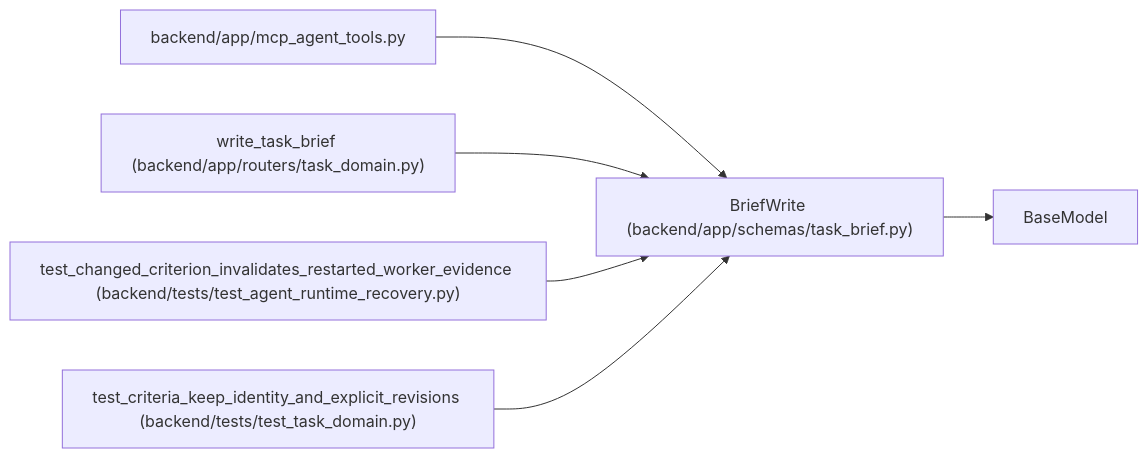
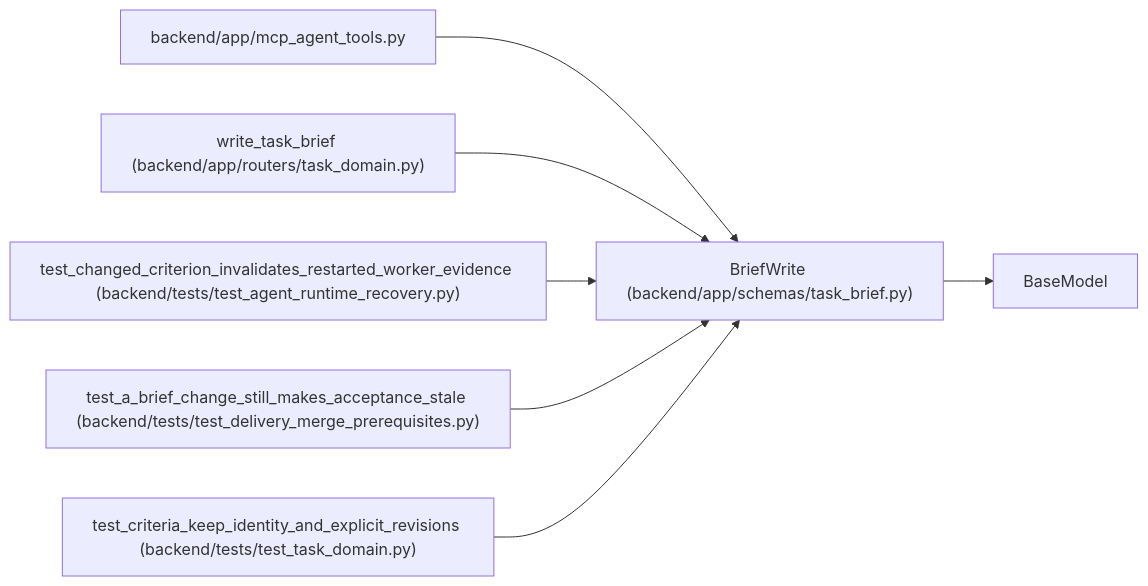
One commit to Denissvgn/WorkChord changed the diagram in docs/llm_wiki/entities/BriefWrite.md. Above: the diagram before and after it, drawn with Mermaid. The commit also changed other lines of this file and 1420 other files, not shown here.

First line of the commit message:
Refresh the architectural wiki for the 1.10.0 changes

````diff
--- a/docs/llm_wiki/entities/BriefWrite.md
+++ b/docs/llm_wiki/entities/BriefWrite.md
@@ -32,19 +32,22 @@
 ```mermaid
 flowchart LR
     n0["BriefWrite (backend/app/schemas/task_brief.py)"]
     n1["BaseModel"]
     n2["backend/app/mcp_agent_tools.py"]
     n3["write_task_brief (backend/app/routers/task_domain.py)"]
     n4["test_changed_criterion_invalidates_restarted_worker_evidence (backend/tests/test_agent_runtime_recovery.py)"]
-    n5["test_criteria_keep_identity_and_explicit_revisions (backend/tests/test_task_domain.py)"]
+    n5["test_a_brief_change_still_makes_acceptance_stale (backend/tests/test_delivery_merge_prerequisites.py)"]
+    n6["test_criteria_keep_identity_and_explicit_revisions (backend/tests/test_task_domain.py)"]
     n0 --> n1
     n2 --> n0
     n3 --> n0
     n4 --> n0
     n5 --> n0
+    n6 --> n0
     click n0 "../modules/schemas_task_brief.md"
     click n2 "../modules/mcp_agent_tools.md"
     click n3 "../modules/routers_task_domain.md"
     click n4 "../modules/test_agent_runtime_recovery.md"
-    click n5 "../modules/test_task_domain.md"
+    click n5 "../modules/test_delivery_merge_prerequisites.md"
+    click n6 "../modules/test_task_domain.md"
 ```
````
